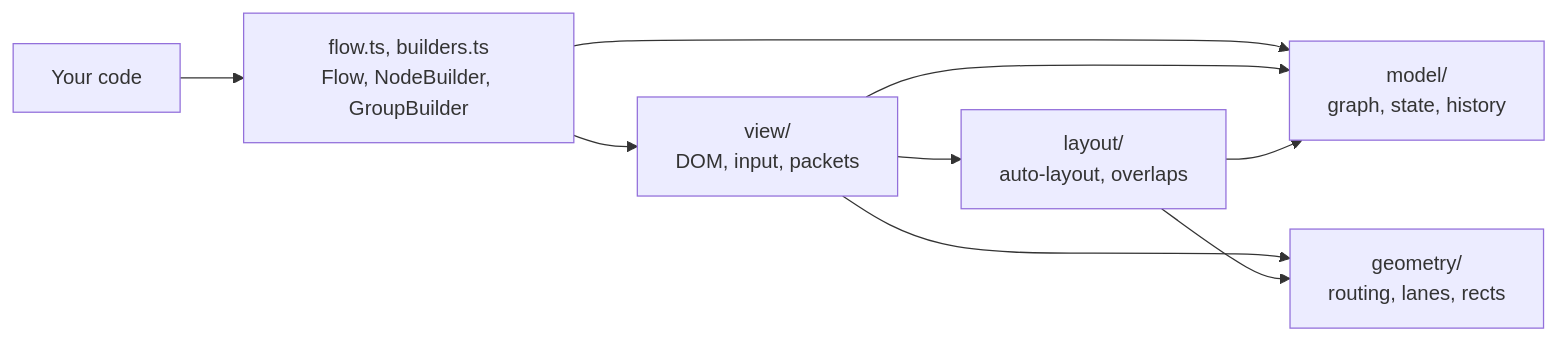
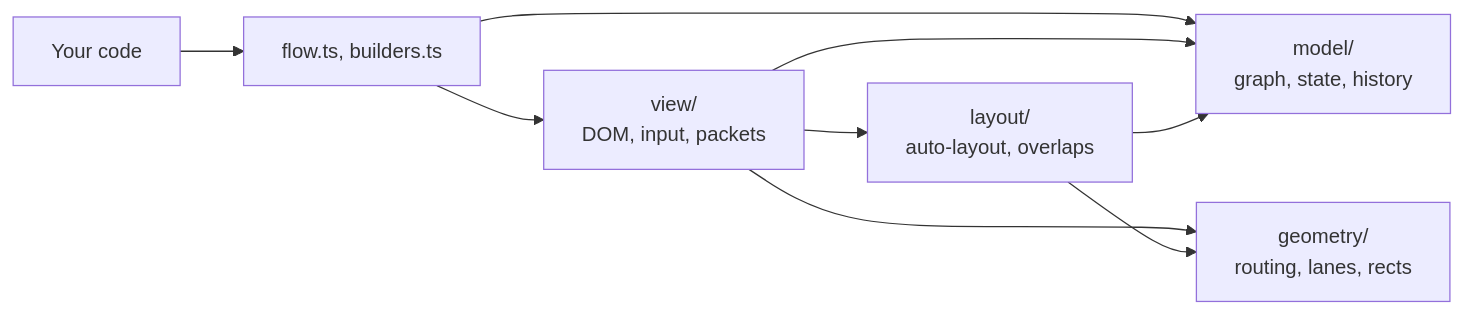
The diagram in README.md (virtualtear/betternodes), drawn with Mermaid before and after one commit. The commit also changed other lines of this file and 2 other files, not shown here.

````diff
--- a/README.md
+++ b/README.md
@@ -679,11 +525,11 @@
 ```mermaid
 flowchart LR
-  app[Your code] --> flow[flow.ts, builders.ts<br>Flow, NodeBuilder, GroupBuilder]
+  app[Your code] --> flow[flow.ts, builders.ts]
   flow --> view[view/<br>DOM, input, packets]
   flow --> model[model/<br>graph, state, history]
   view --> layout[layout/<br>auto-layout, overlaps]
   view --> model
   view --> geometry[geometry/<br>routing, lanes, rects]
   layout --> model
   layout --> geometry
 ```
````
